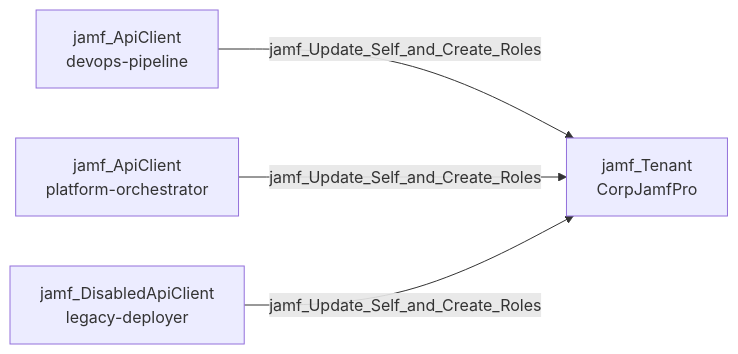
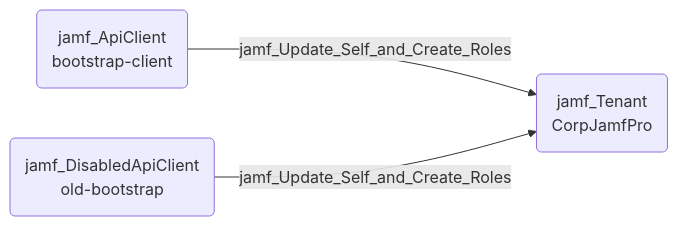
Before and after one commit to SpecterOps/bloodhound-docs: the diagram in docs/opengraph/extensions/jamfhound/reference/edges/jamf_update_self_and_create_roles.mdx, drawn with Mermaid. The commit also changed 33 other files, not shown here.

Commit message:
Updated documentation with revised mermaid diagrams

````diff
--- a/docs/opengraph/extensions/jamfhound/reference/edges/jamf_update_self_and_create_roles.mdx
+++ b/docs/opengraph/extensions/jamfhound/reference/edges/jamf_update_self_and_create_roles.mdx
@@ -18,6 +18,11 @@
 ```mermaid
 graph LR
-    A["jamf_ApiClient\ndevops-pipeline"] -->|jamf_Update_Self_and_Create_Roles| B["jamf_Tenant\nCorpJamfPro"]
-    C["jamf_ApiClient\nplatform-orchestrator"] -->|jamf_Update_Self_and_Create_Roles| B
-    D["jamf_DisabledApiClient\nlegacy-deployer"] -->|jamf_Update_Self_and_Create_Roles| B
+    A("jamf_ApiClient
+bootstrap-client")
+    B("jamf_Tenant
+CorpJamfPro")
+    C("jamf_DisabledApiClient
+old-bootstrap")
+    A -- jamf_Update_Self_and_Create_Roles --> B
+    C -- jamf_Update_Self_and_Create_Roles --> B
 ```
````
